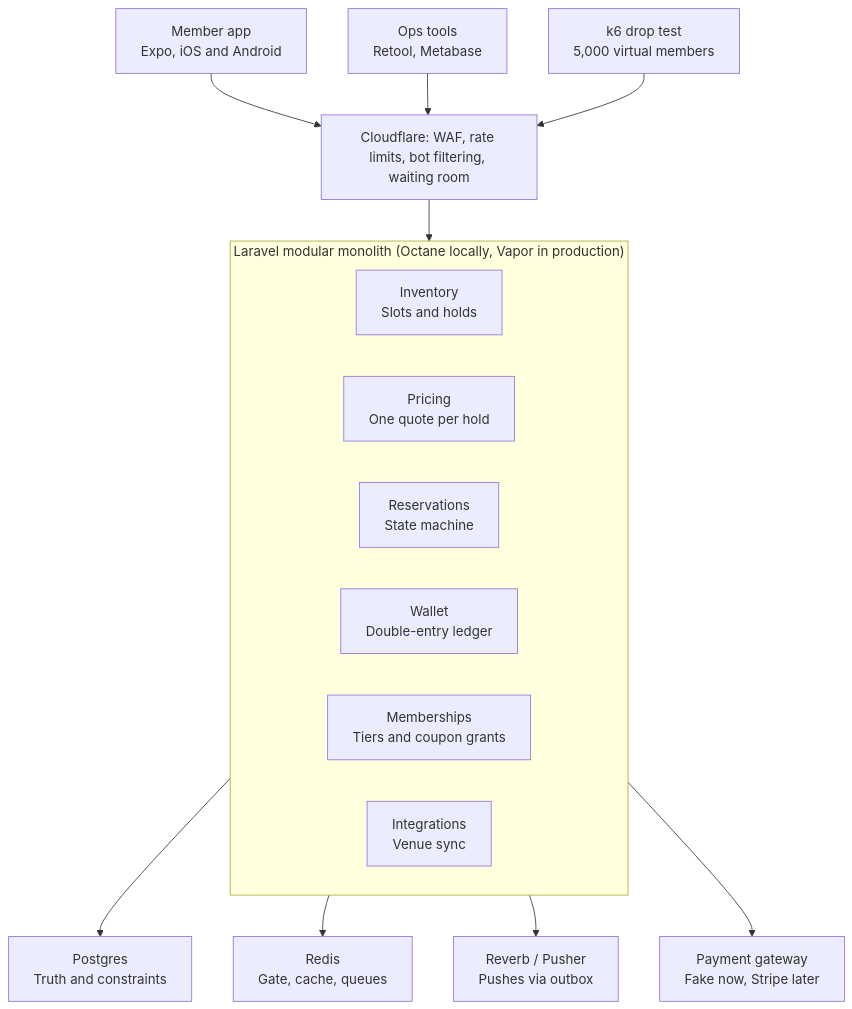
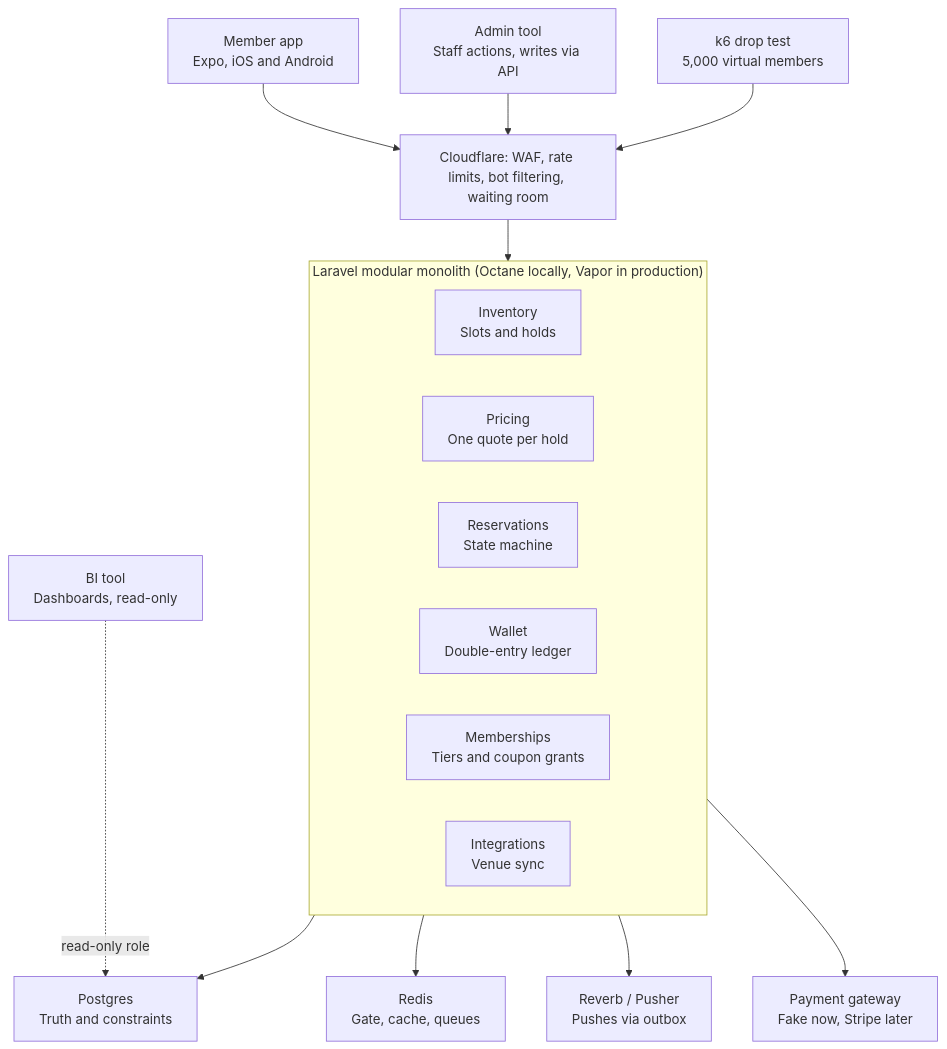
One commit to emd5953/Dorsia changed the first of 2 diagrams in docs/build_plan.md. Above: the diagram before and after it, drawn with Mermaid. The commit also changed other lines of this file and 4 other files, not shown here.

````diff
--- a/docs/build_plan.md
+++ b/docs/build_plan.md
@@ -33,30 +33,32 @@
 ```mermaid
 flowchart TB
     App["Member app<br/>Expo, iOS and Android"]
-    Ops["Ops tools<br/>Retool, Metabase"]
+    Admin["Admin tool<br/>Staff actions, writes via API"]
+    BI["BI tool<br/>Dashboards, read-only"]
     K6["k6 drop test<br/>5,000 virtual members"]
     Edge["Cloudflare: WAF, rate limits, bot filtering, waiting room"]
 
     subgraph API["Laravel modular monolith (Octane locally, Vapor in production)"]
         Inv["Inventory<br/>Slots and holds"]
         Price["Pricing<br/>One quote per hold"]
         Res["Reservations<br/>State machine"]
         Wallet["Wallet<br/>Double-entry ledger"]
         Mem["Memberships<br/>Tiers and coupon grants"]
         Int["Integrations<br/>Venue sync"]
     end
 
     PG["Postgres<br/>Truth and constraints"]
     Redis["Redis<br/>Gate, cache, queues"]
     RT["Reverb / Pusher<br/>Pushes via outbox"]
     GW["Payment gateway<br/>Fake now, Stripe later"]
 
     App --> Edge
-    Ops --> Edge
+    Admin --> Edge
     K6 --> Edge
     Edge --> API
     API --> PG
     API --> Redis
     API --> RT
     API --> GW
+    BI -. "read-only role" .-> PG
 ```
````
